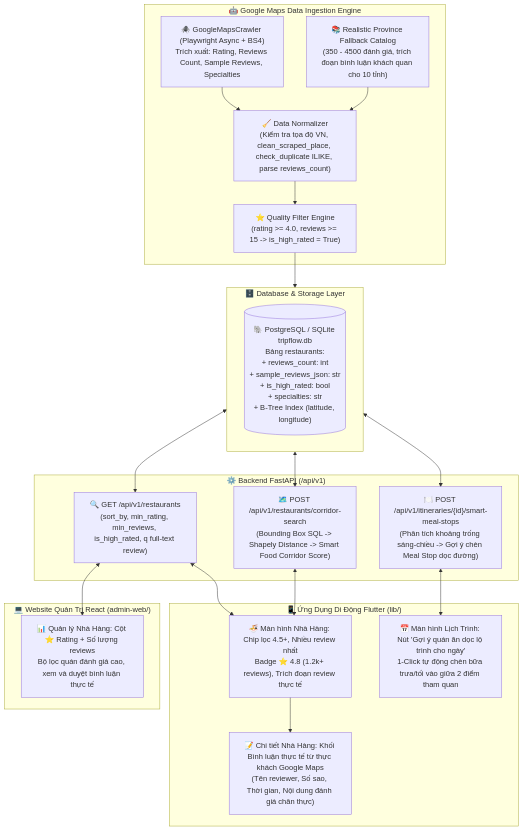
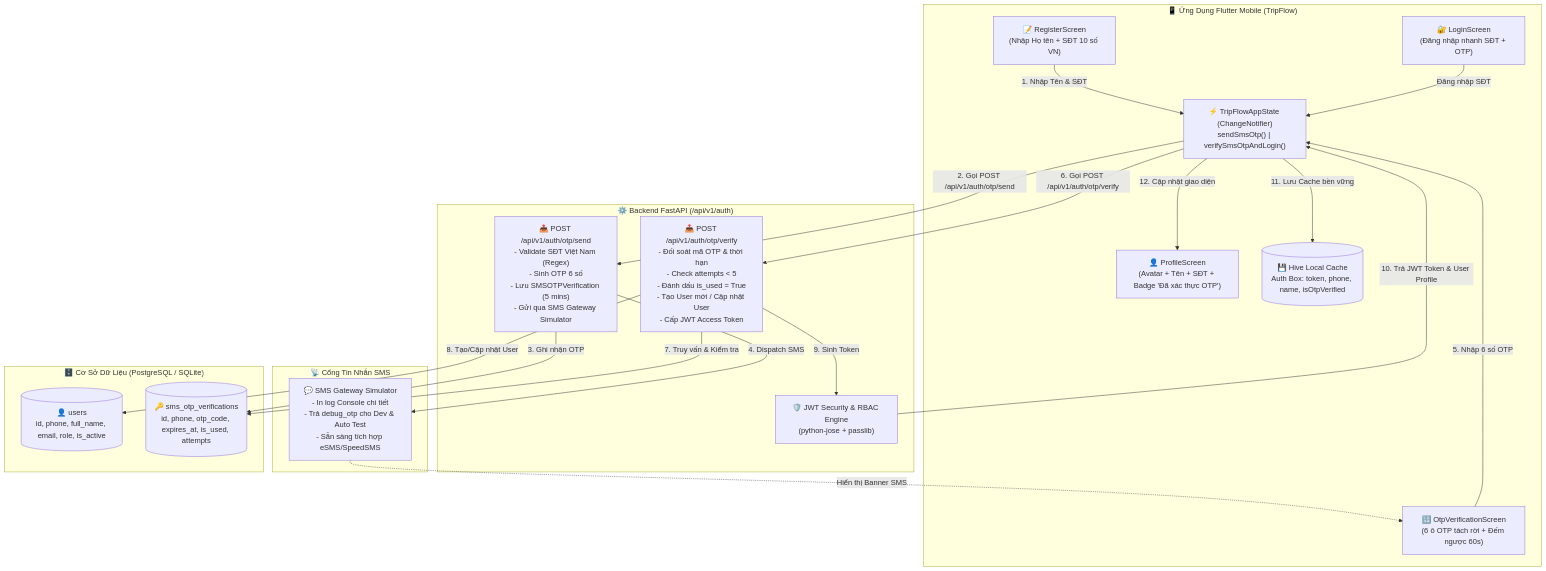
One commit to phamtantai02011991-tech/trip_flow changed the first of 2 diagrams in .agents/workspace/plan.md. Above: the diagram before and after it, drawn with Mermaid. The commit also changed other lines of this file and 21 other files, not shown here.

Commit message:
feat: complete SMS OTP authentication module with phone registration, verification UI, and Hive cache (TC-23, TC-24 passed)

````diff
--- a/.agents/workspace/plan.md
+++ b/.agents/workspace/plan.md
@@ -53,44 +33,42 @@
 ```mermaid
 flowchart TD
-    subgraph DataIngestion["🤖 Google Maps Data Ingestion Engine"]
-        Crawler["🕷️ GoogleMapsCrawler (Playwright Async + BS4)\nTrích xuất: Rating, Reviews Count, Sample Reviews, Specialties"]
-        FallbackCatalog["📚 Realistic Province Fallback Catalog\n(350 - 4500 đánh giá, trích đoạn bình luận khách quan cho 10 tỉnh)"]
-        Normalizer["🧹 Data Normalizer\n(Kiểm tra tọa độ VN, clean_scraped_place, check_duplicate ILIKE, parse reviews_count)"]
-        QualityFilter["⭐ Quality Filter Engine\n(rating >= 4.0, reviews >= 15 -> is_high_rated = True)"]
+    subgraph MobileClient["📱 Ứng Dụng Flutter Mobile (TripFlow)"]
+        RegisterUI["📝 RegisterScreen\n(Nhập Họ tên + SĐT 10 số VN)"]
+        OtpUI["🔢 OtpVerificationScreen\n(6 ô OTP tách rời + Đếm ngược 60s)"]
+        LoginUI["🔐 LoginScreen\n(Đăng nhập nhanh SĐT + OTP)"]
+        ProfileUI["👤 ProfileScreen\n(Avatar + Tên + SĐT + Badge 'Đã xác thực OTP')"]
+        AppState["⚡ TripFlowAppState (ChangeNotifier)\nsendSmsOtp() | verifySmsOtpAndLogin()"]
+        HiveCache[("💾 Hive Local Cache\nAuth Box: token, phone, name, isOtpVerified")]
     end
 
-    subgraph DatabaseLayer["🗄️ Database & Storage Layer"]
-        PostgresDB[("🐘 PostgreSQL / SQLite tripflow.db\nBảng restaurants:\n+ reviews_count: int\n+ sample_reviews_json: str\n+ is_high_rated: bool\n+ specialties: str\n+ B-Tree Index (latitude, longitude)")]
+    subgraph BackendFastAPI["⚙️ Backend FastAPI (/api/v1/auth)"]
+        SendOtpEP["📤 POST /api/v1/auth/otp/send\n- Validate SĐT Việt Nam (Regex)\n- Sinh OTP 6 số\n- Lưu SMSOTPVerification (5 mins)\n- Gửi qua SMS Gateway Simulator"]
+        VerifyOtpEP["📥 POST /api/v1/auth/otp/verify\n- Đối soát mã OTP & thời hạn\n- Check attempts < 5\n- Đánh dấu is_used = True\n- Tạo User mới / Cập nhật User\n- Cấp JWT Access Token"]
+        SecurityEngine["🛡️ JWT Security & RBAC Engine\n(python-jose + passlib)"]
     end
 
-    subgraph BackendAPI["⚙️ Backend FastAPI (/api/v1)"]
-        SearchEndpoint["🔍 GET /api/v1/restaurants\n(sort_by, min_rating, min_reviews, is_high_rated, q full-text review)"]
-        CorridorEndpoint["🗺️ POST /api/v1/restaurants/corridor-search\n(Bounding Box SQL -> Shapely Distance -> Smart Food Corridor Score)"]
-        ItineraryMealEndpoint["🍽️ POST /api/v1/itineraries/{id}/smart-meal-stops\n(Phân tích khoảng trống sáng-chiều -> Gợi ý chèn Meal Stop dọc đường)"]
+    subgraph SMSGateway["📡 Cổng Tin Nhắn SMS"]
+        SMSSimulator["💬 SMS Gateway Simulator\n- In log Console chi tiết\n- Trả debug_otp cho Dev & Auto Test\n- Sẵn sàng tích hợp eSMS/SpeedSMS"]
     end
 
-    subgraph MobileApp["📱 Ứng Dụng Di Động Flutter (lib/)"]
-        RestScreen["🍜 Màn hình Nhà Hàng: Chip lọc 4.5+, Nhiều review nhất\nBadge ⭐ 4.8 (1.2k+ reviews), Trích đoạn review thực tế"]
-        RestDetail["📝 Chi tiết Nhà Hàng: Khối Bình luận thực tế từ thực khách Google Maps\n(Tên reviewer, Số sao, Thời gian, Nội dung đánh giá chân thực)"]
-        ItinScreen["📅 Màn hình Lịch Trình: Nút 'Gợi ý quán ăn dọc lộ trình cho ngày'\n1-Click tự động chèn bữa trưa/tối vào giữa 2 điểm tham quan"]
+    subgraph DatabaseLayer["🗄️ Cơ Sở Dữ Liệu (PostgreSQL / SQLite)"]
+        UsersTable[("👤 users\nid, phone, full_name, email, role, is_active")]
+        OtpTable[("🔑 sms_otp_verifications\nid, phone, otp_code, expires_at, is_used, attempts")]
     end
 
-    subgraph AdminWeb["💻 Website Quản Trị React (admin-web/)"]
-        AdminRestPage["📊 Quản lý Nhà Hàng: Cột ⭐ Rating + Số lượng reviews\nBộ lọc quán đánh giá cao, xem và duyệt bình luận thực tế"]
-    end
-
-    Crawler --> Normalizer
-    FallbackCatalog --> Normalizer
-    Normalizer --> QualityFilter
-    QualityFilter --> DatabaseLayer
-
-    DatabaseLayer <--> SearchEndpoint
-    DatabaseLayer <--> CorridorEndpoint
-    DatabaseLayer <--> ItineraryMealEndpoint
-
-    SearchEndpoint <--> RestScreen
-    SearchEndpoint <--> AdminRestPage
-    CorridorEndpoint <--> RestScreen
-    ItineraryMealEndpoint <--> ItinScreen
-    RestScreen --> RestDetail
+    RegisterUI -->|1. Nhập Tên & SĐT| AppState
+    AppState -->|2. Gọi POST /api/v1/auth/otp/send| SendOtpEP
+    SendOtpEP -->|3. Ghi nhận OTP| OtpTable
+    SendOtpEP -->|4. Dispatch SMS| SMSSimulator
+    SMSSimulator -.->|Hiển thị Banner SMS| OtpUI
+    
+    OtpUI -->|5. Nhập 6 số OTP| AppState
+    AppState -->|6. Gọi POST /api/v1/auth/otp/verify| VerifyOtpEP
+    VerifyOtpEP -->|7. Truy vấn & Kiểm tra| OtpTable
+    VerifyOtpEP -->|8. Tạo/Cập nhật User| UsersTable
+    VerifyOtpEP -->|9. Sinh Token| SecurityEngine
+    SecurityEngine -->|10. Trả JWT Token & User Profile| AppState
+    AppState -->|11. Lưu Cache bền vững| HiveCache
+    AppState -->|12. Cập nhật giao diện| ProfileUI
+    LoginUI -->|Đăng nhập SĐT| AppState
 ```
````
